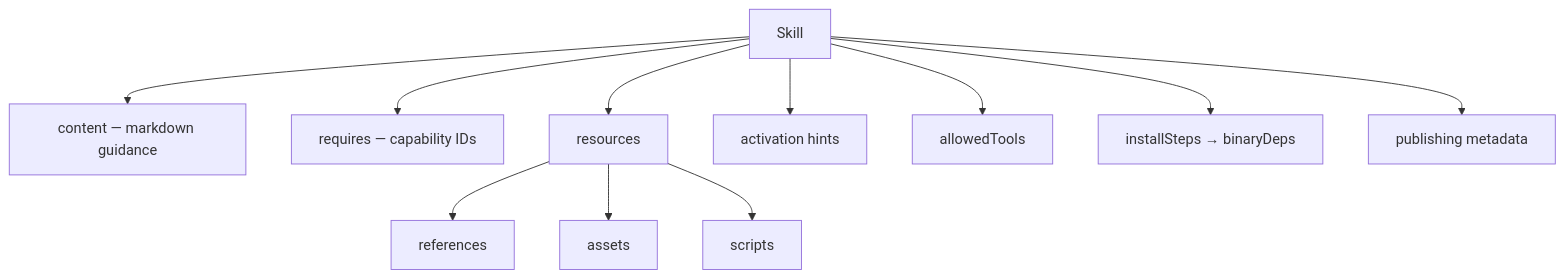
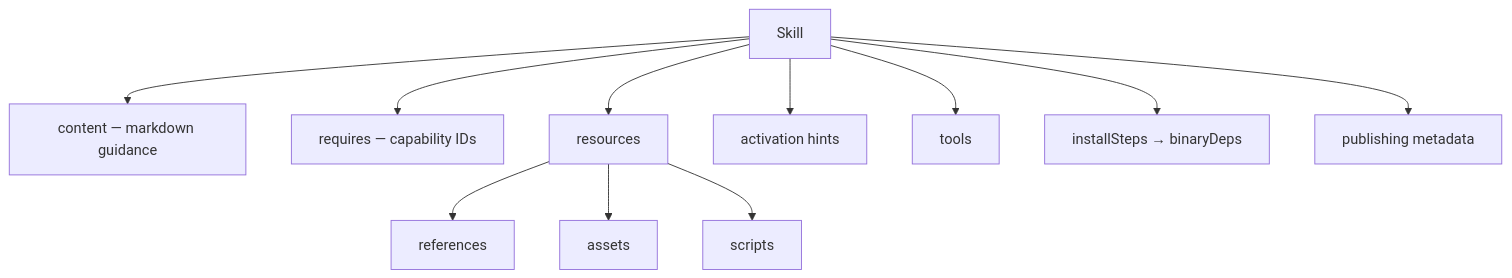
The diagram in docs/language/syntax-skill.md (mariotoffia/goagentmeta), drawn with Mermaid before and after one commit. The commit also changed other lines of this file and 45 other files, not shown here.

````diff
--- a/docs/language/syntax-skill.md
+++ b/docs/language/syntax-skill.md
@@ -304,14 +305,14 @@
 ```mermaid
 flowchart TD
     S[Skill]
     S --> C[content — markdown guidance]
     S --> R[requires — capability IDs]
     S --> RES[resources]
     RES --> REF[references]
     RES --> ASS[assets]
     RES --> SCR[scripts]
     S --> ACT[activation hints]
-    S --> TOOLS[allowedTools]
+    S --> TOOLS[tools]
     S --> INST[installSteps → binaryDeps]
     S --> PUB[publishing metadata]
 ```
````
